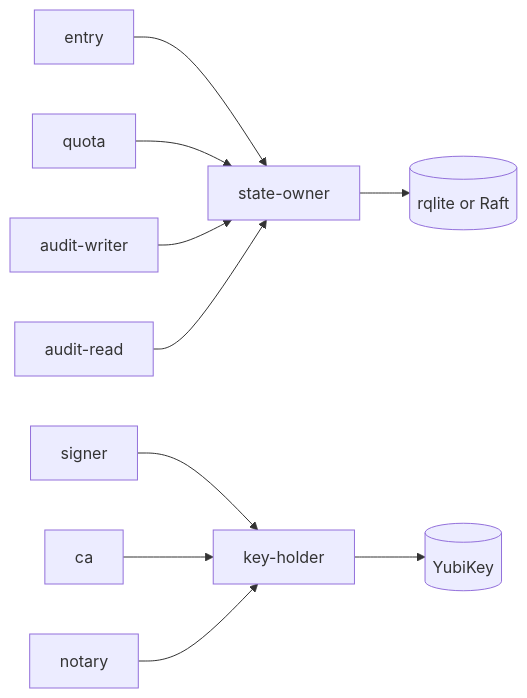
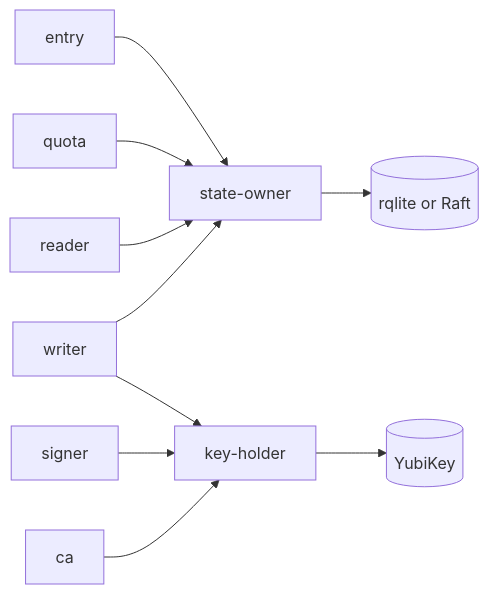
The second of 3 diagrams in docs/architecture/processes.md (truvity/sluis), drawn with Mermaid before and after one commit. The commit also changed other lines of this file and 56 other files, not shown here.

````diff
--- a/docs/architecture/processes.md
+++ b/docs/architecture/processes.md
@@ -147,12 +146,12 @@
 ```mermaid
 flowchart LR
   entry["entry"] --> so["state-owner"]
   quota["quota"] --> so
-  aw["audit-writer"] --> so
-  ar["audit-read"] --> so
+  aw["writer"] --> so
+  ar["reader"] --> so
   so --> db[("rqlite or Raft")]
   signer["signer"] --> kh["key-holder"]
   ca["ca"] --> kh
-  notary["notary"] --> kh
+  aw --> kh
   kh --> dev[("YubiKey")]
 ```
````
